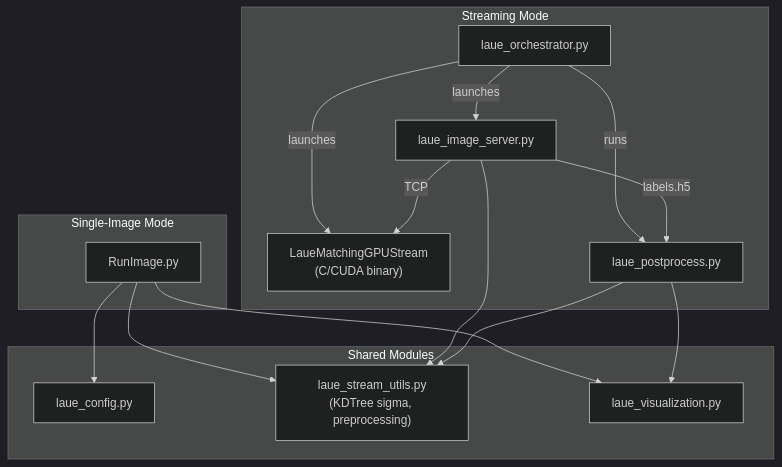
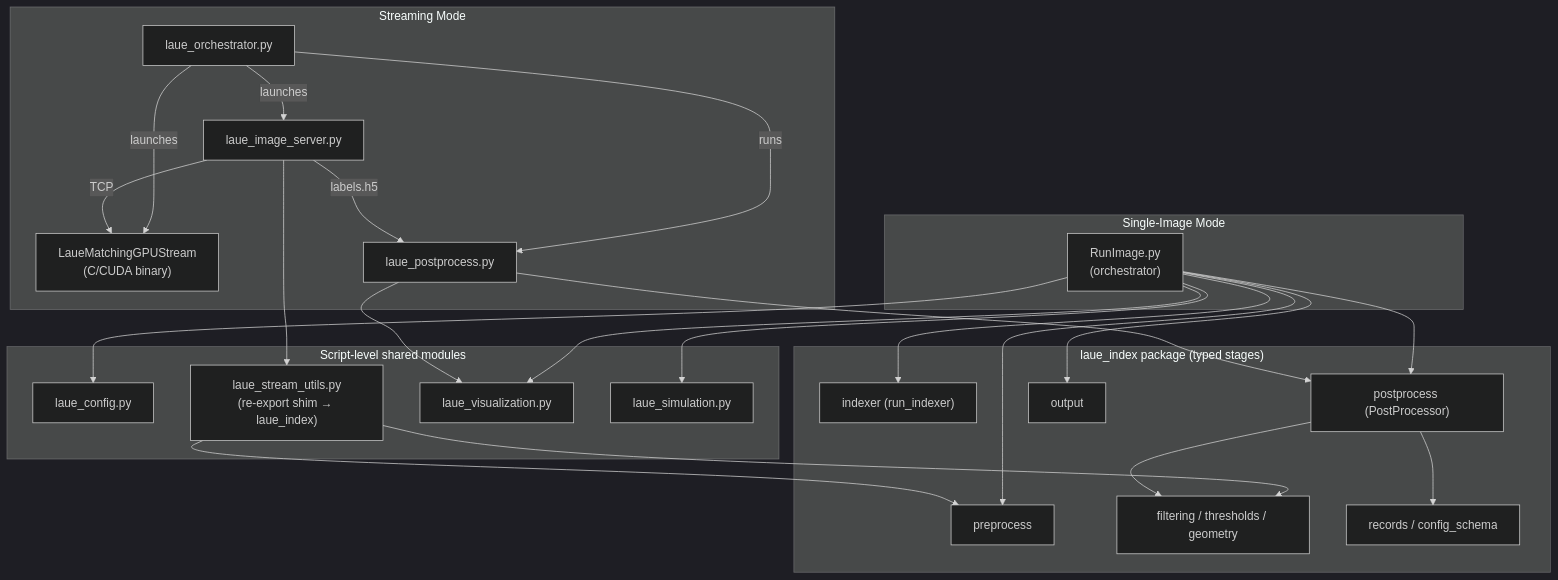
The first of 2 diagrams in scripts/README.md (AdvancedPhotonSource/LaueMatching), drawn with Mermaid (dark theme) before and after one commit. The commit also changed other lines of this file and 2 other files, not shown here.

First line of the commit message:
Docs: update READMEs for the laue_index package refactor (#3)

````diff
--- a/scripts/README.md
+++ b/scripts/README.md
@@ -28,31 +36,49 @@
 ```mermaid
 graph TD
     subgraph "Single-Image Mode"
-        RunImage["RunImage.py"]
+        RunImage["RunImage.py<br/>(orchestrator)"]
     end
 
     subgraph "Streaming Mode"
         Orch["laue_orchestrator.py"]
         Server["laue_image_server.py"]
         Daemon["LaueMatchingGPUStream<br/>(C/CUDA binary)"]
         Post["laue_postprocess.py"]
         Orch -->|launches| Daemon
         Orch -->|launches| Server
         Orch -->|runs| Post
         Server -->|TCP| Daemon
         Server -->|labels.h5| Post
     end
 
-    subgraph "Shared Modules"
+    subgraph "laue_index package (typed stages)"
+        Pre["preprocess"]
+        Idx["indexer (run_indexer)"]
+        PostP["postprocess (PostProcessor)"]
+        Out["output"]
+        Filt["filtering / thresholds / geometry"]
+        Rec["records / config_schema"]
+    end
+
+    subgraph "Script-level shared modules"
         Config["laue_config.py"]
-        Utils["laue_stream_utils.py<br/>(KDTree sigma, preprocessing)"]
+        Shim["laue_stream_utils.py<br/>(re-export shim → laue_index)"]
         Viz["laue_visualization.py"]
+        Sim["laue_simulation.py"]
     end
 
     RunImage --> Config
-    RunImage --> Utils
+    RunImage --> Pre
+    RunImage --> Idx
+    RunImage --> PostP
+    RunImage --> Out
     RunImage --> Viz
-    Server --> Utils
-    Post --> Utils
+    RunImage --> Sim
+    Server --> Shim
+    Post --> PostP
     Post --> Viz
+    Shim --> Filt
+    Shim --> Pre
+    PostP --> Filt
+    PostP --> Rec
 ```
````
